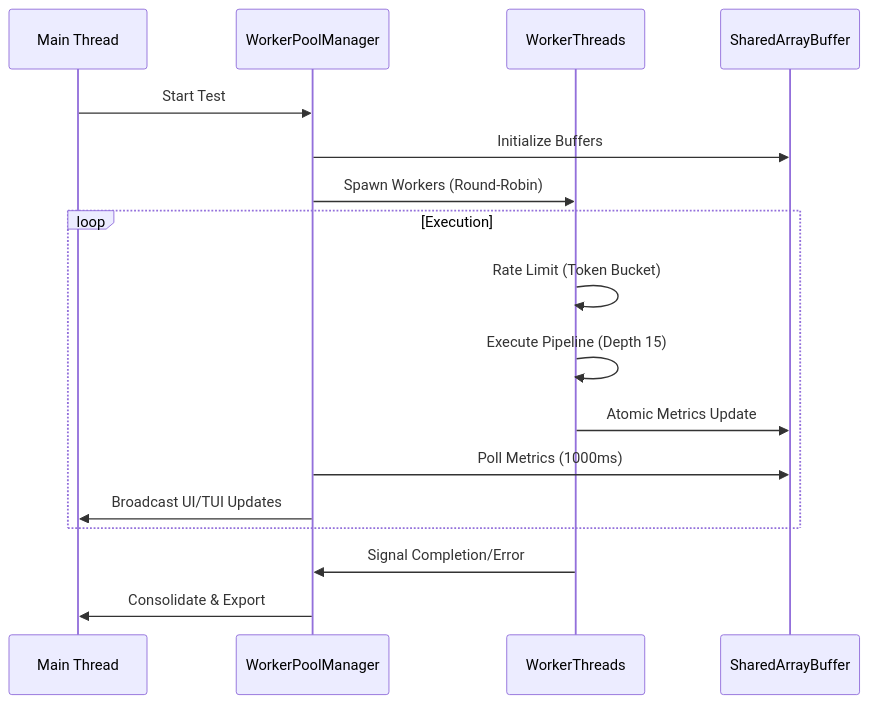
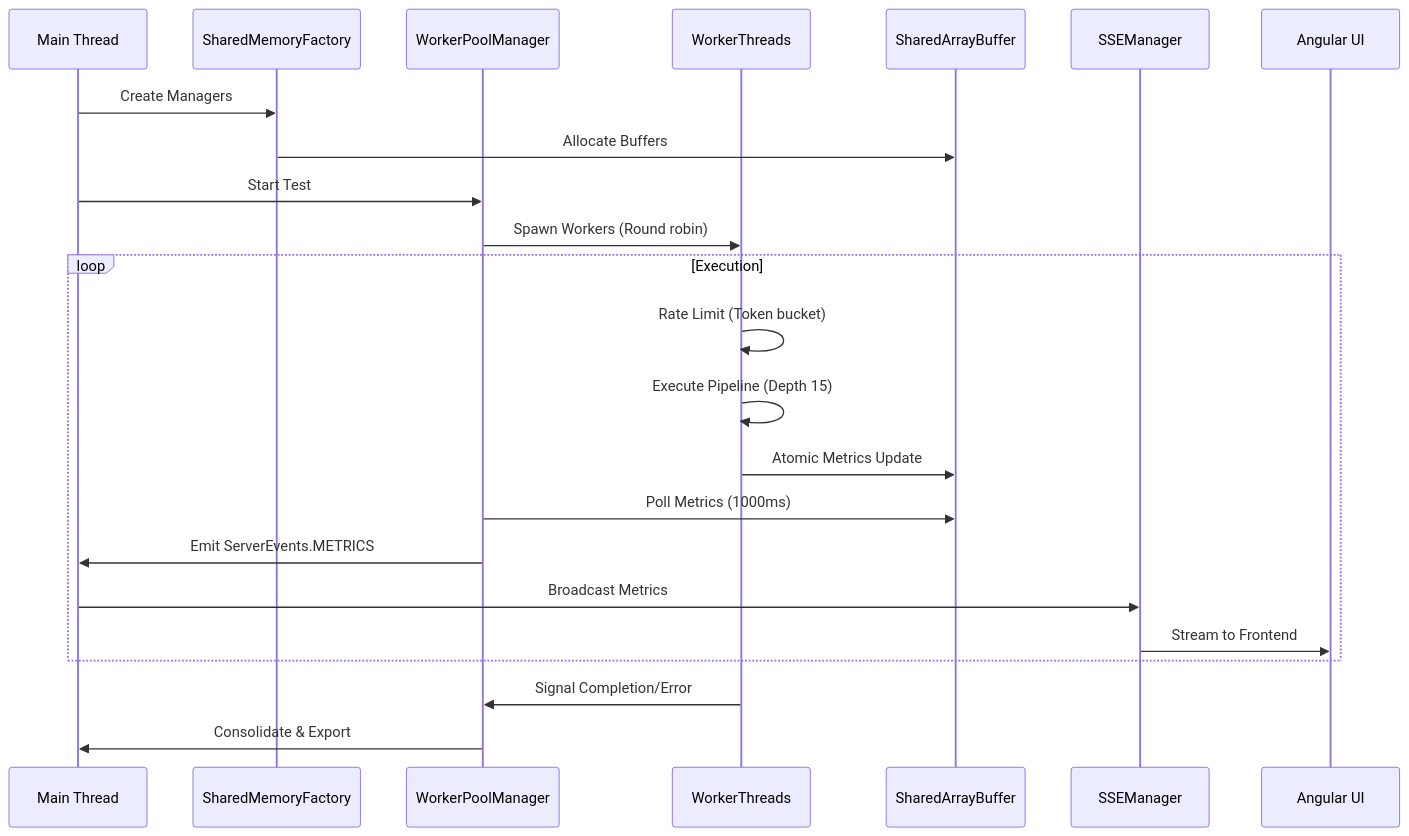
One commit to kevinchatham/tressi changed the diagram in docs/05-internals/01-architecture.md. Above: the diagram before and after it, drawn with Mermaid. The commit also changed other lines of this file and 14 other files, not shown here.

First line of the commit message:
docs: overhaul architecture overview and community guidelines

````diff
--- a/docs/05-internals/01-architecture.md
+++ b/docs/05-internals/01-architecture.md
@@ -25,20 +64,26 @@
 ```mermaid
 sequenceDiagram
     participant M as Main Thread
+    participant SMF as SharedMemoryFactory
     participant WPM as WorkerPoolManager
     participant WT as WorkerThreads
     participant SM as SharedArrayBuffer
+    participant SSE as SSEManager
+    participant UI as Angular UI
 
+    M->>SMF: Create Managers
+    SMF->>SM: Allocate Buffers
     M->>WPM: Start Test
-    WPM->>SM: Initialize Buffers
-    WPM->>WT: Spawn Workers (Round-Robin)
+    WPM->>WT: Spawn Workers (Round robin)
     loop Execution
-        WT->>WT: Rate Limit (Token Bucket)
+        WT->>WT: Rate Limit (Token bucket)
         WT->>WT: Execute Pipeline (Depth 15)
         WT->>SM: Atomic Metrics Update
         WPM->>SM: Poll Metrics (1000ms)
-        WPM->>M: Broadcast UI/TUI Updates
+        WPM->>M: Emit ServerEvents.METRICS
+        M->>SSE: Broadcast Metrics
+        SSE->>UI: Stream to Frontend
     end
     WT->>WPM: Signal Completion/Error
     WPM->>M: Consolidate & Export
 ```
````
